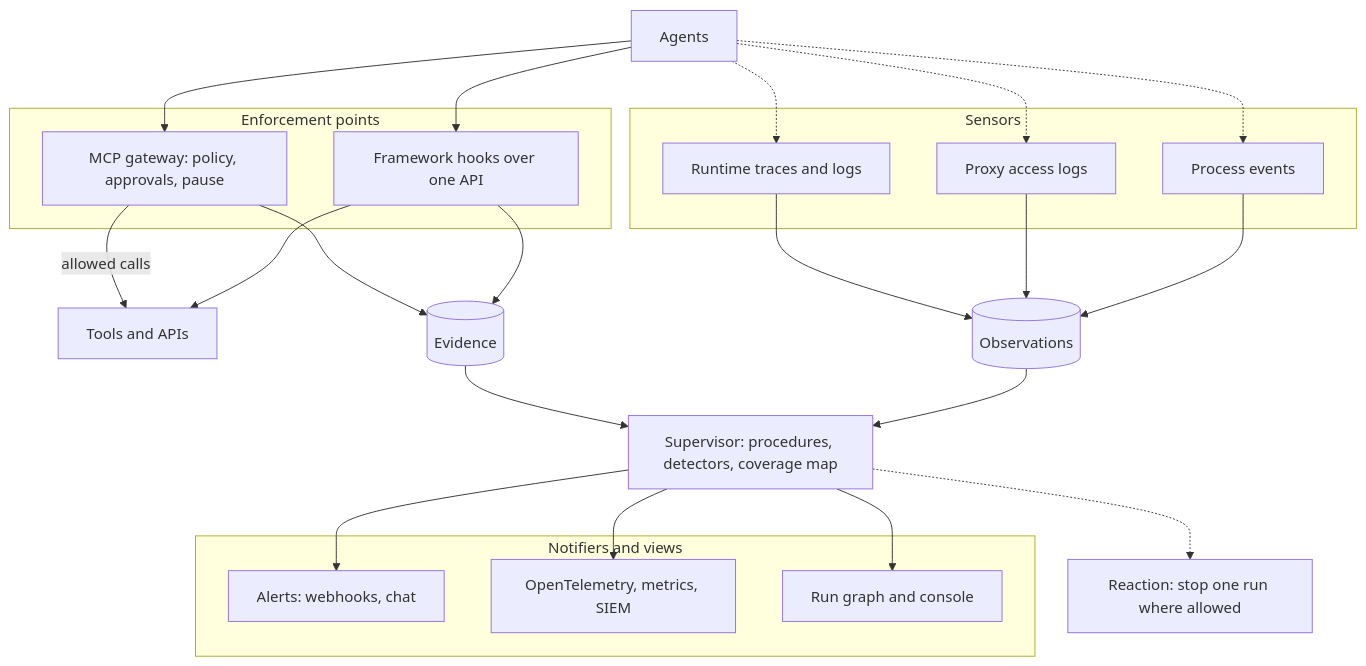
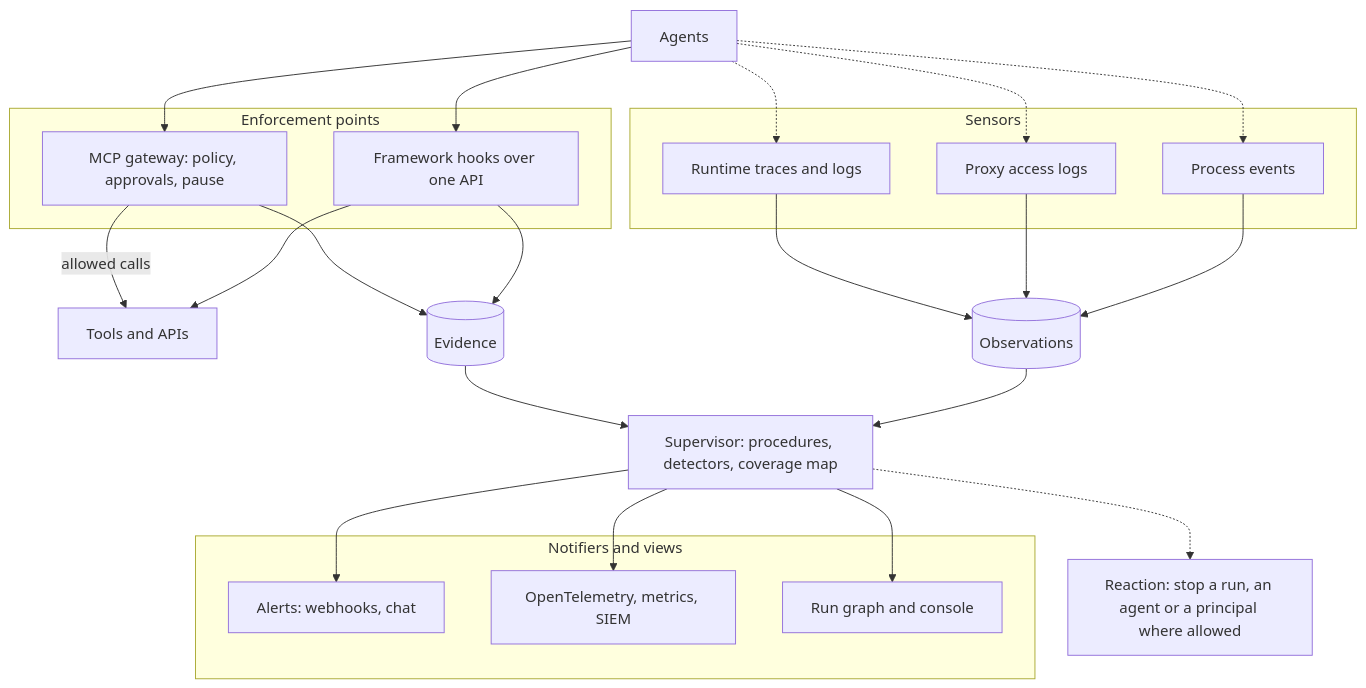
One commit to guardana/control changed the fourth of 4 diagrams in docs/concepts/architecture.md. Above: the diagram before and after it, drawn with Mermaid. The commit also changed other lines of this file and 5 other files, not shown here.

First line of the commit message:
docs: the glossary and concept pages name agent and principal stops

````diff
--- a/docs/concepts/architecture.md
+++ b/docs/concepts/architecture.md
@@ -279,43 +279,43 @@
 ```mermaid
 flowchart TB
     accTitle: Where it is going
     accDescr: A planned shape. Agents act through enforcement points, the MCP gateway and framework hooks over one enforcement API, which decide before the effect and record evidence. Sensors bring in what runtimes, proxies and processes report afterwards, as observations. Detectors in the supervisor read both, map coverage and raise findings. Notifiers deliver findings; a reaction stops one run at the enforcement points where the operator allowed it.
     AG[Agents]
     subgraph EP[Enforcement points]
         MCP["MCP gateway: policy, approvals, pause"]
         HK[Framework hooks over one API]
     end
     subgraph SN[Sensors]
         TR[Runtime traces and logs]
         PX[Proxy access logs]
         PR[Process events]
     end
     TL[Tools and APIs]
     EV[(Evidence)]
     OB[(Observations)]
     SV["Supervisor: procedures, detectors, coverage map"]
     subgraph OUT[Notifiers and views]
         AL["Alerts: webhooks, chat"]
         EX["OpenTelemetry, metrics, SIEM"]
         GR[Run graph and console]
     end
-    RE["Reaction: stop one run where allowed"]
+    RE["Reaction: stop a run, an agent or a principal where allowed"]
     AG --> MCP
     AG --> HK
     MCP -->|allowed calls| TL
     HK --> TL
     AG -.-> TR
     AG -.-> PX
     AG -.-> PR
     MCP --> EV
     HK --> EV
     TR --> OB
     PX --> OB
     PR --> OB
     EV --> SV
     OB --> SV
     SV --> AL
     SV --> EX
     SV --> GR
     SV -.-> RE
 ```
````
